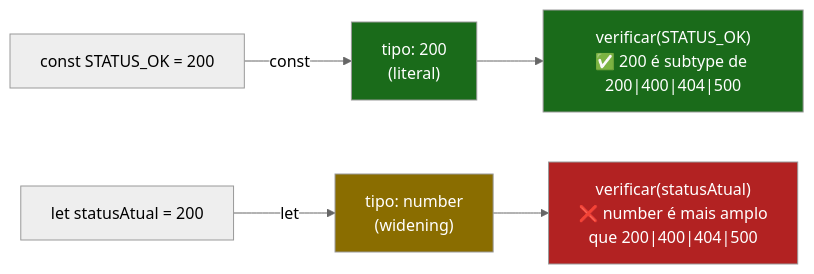
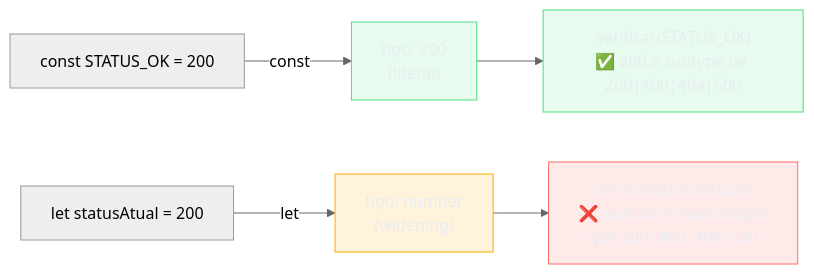
The fourth of 4 diagrams in 03-Dominios/Tecnologia/TypeScript/02 - Tipos primitivos, literais e inferência.md (josenaldo/codex-technomanticus), drawn with Mermaid (neutral theme) before and after one commit. The commit also changed other lines of this file and 1181 other files, not shown here.

First line of the commit message:
fix(diagramas): paleta do sistema no lugar de cor cravada no markdown

````diff
--- a/03-Dominios/Tecnologia/TypeScript/02 - Tipos primitivos, literais e inferência.md
+++ b/03-Dominios/Tecnologia/TypeScript/02 - Tipos primitivos, literais e inferência.md
@@ -440,11 +447,14 @@
 ```mermaid
 flowchart LR
+    classDef ok fill:#4ADE8021,stroke:#4ADE80,color:#E9ECF2
+    classDef destaque fill:#FFAA0024,stroke:#FFAA00,color:#E9ECF2
+    classDef falha fill:#FF6B6B24,stroke:#FF6B6B,color:#E9ECF2
     A["const STATUS_OK = 200"] -->|"const"| B["tipo: 200\n(literal)"]
     C["let statusAtual = 200"] -->|"let"| D["tipo: number\n(widening)"]
     B --> E["verificar(STATUS_OK)\n✅ 200 é subtype de 200|400|404|500"]
     D --> F["verificar(statusAtual)\n❌ number é mais amplo\nque 200|400|404|500"]
-    style B fill:#1a6b1a,color:#fff
-    style D fill:#8a6d00,color:#fff
-    style E fill:#1a6b1a,color:#fff
-    style F fill:#b22222,color:#fff
+    class B ok
+    class D destaque
+    class E ok
+    class F falha
 ```
````
